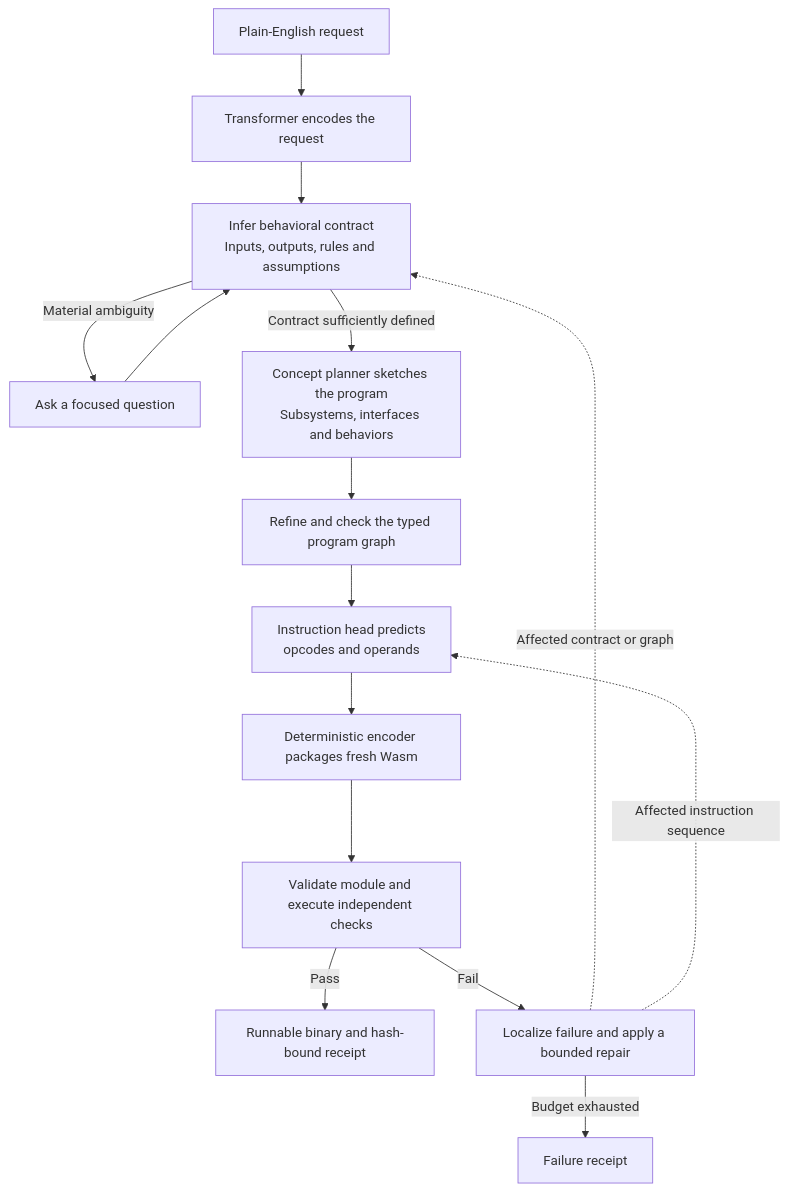
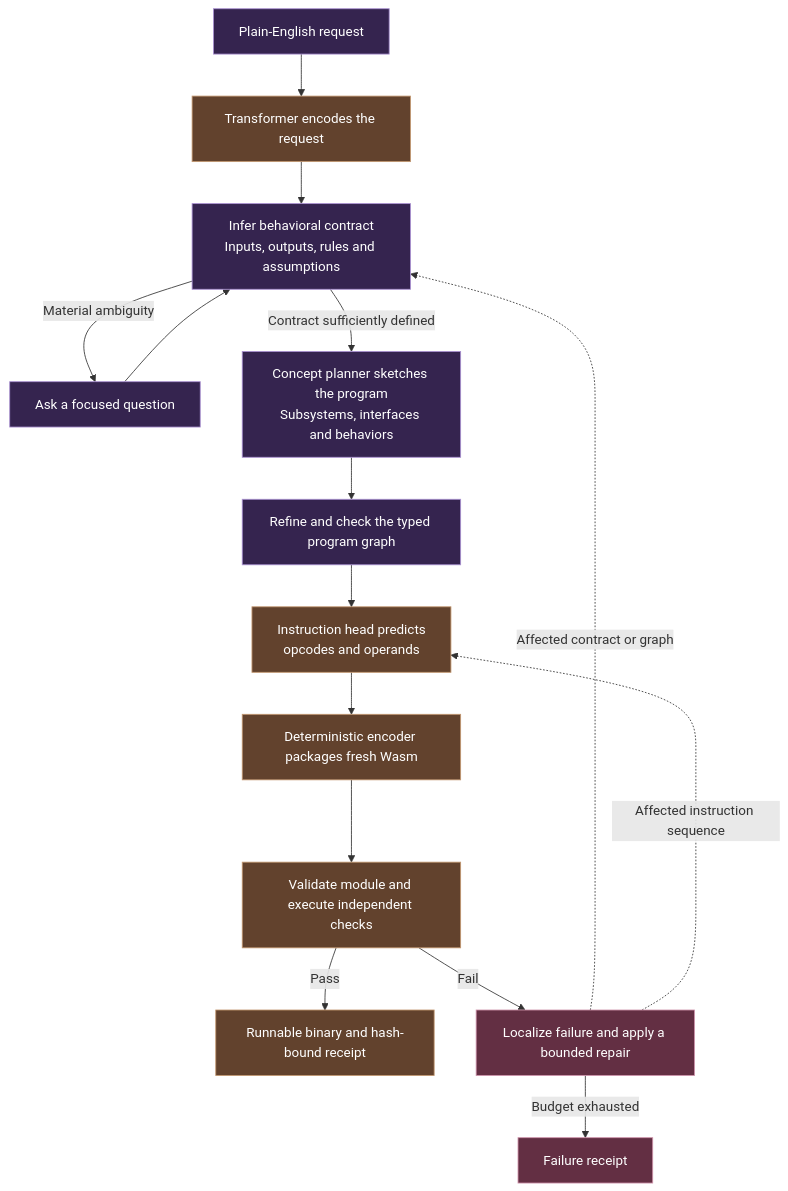
Before and after one commit to Kian-hdr/lore-demo: the second of 8 diagrams in README.md, drawn with Mermaid. The commit also changed other lines of this file and 7 other files, not shown here.

Commit message:
IND-317 visualize memory architecture and use numeric hierarchy codes

````diff
--- a/README.md
+++ b/README.md
@@ -63,17 +60,23 @@
 ```mermaid
 flowchart TD
     P["Plain-English request"] --> E["Transformer encodes the request"]
     E --> C["Infer behavioral contract<br/>Inputs, outputs, rules and assumptions"]
     C -->|Material ambiguity| Q["Ask a focused question"]
     Q --> C
     C -->|Contract sufficiently defined| N["Concept planner sketches the program<br/>Subsystems, interfaces and behaviors"]
     N --> G["Refine and check the typed program graph"]
     G --> I["Instruction head predicts<br/>opcodes and operands"]
     I --> B["Deterministic encoder packages fresh Wasm"]
     B --> V["Validate module and execute independent checks"]
     V -->|Pass| R["Runnable binary and hash-bound receipt"]
     V -->|Fail| D["Localize failure and apply a bounded repair"]
     D -. "Affected contract or graph" .-> C
     D -. "Affected instruction sequence" .-> I
     D -->|Budget exhausted| X["Failure receipt"]
+    classDef plan fill:#35244f,stroke:#aa91d2,color:#ffffff;
+    class P,C,Q,N,G plan;
+    classDef exec fill:#62422d,stroke:#c39770,color:#ffffff;
+    class E,I,B,V,R exec;
+    classDef change fill:#632f43,stroke:#cf93ab,color:#ffffff;
+    class D,X change;
 ```
````
